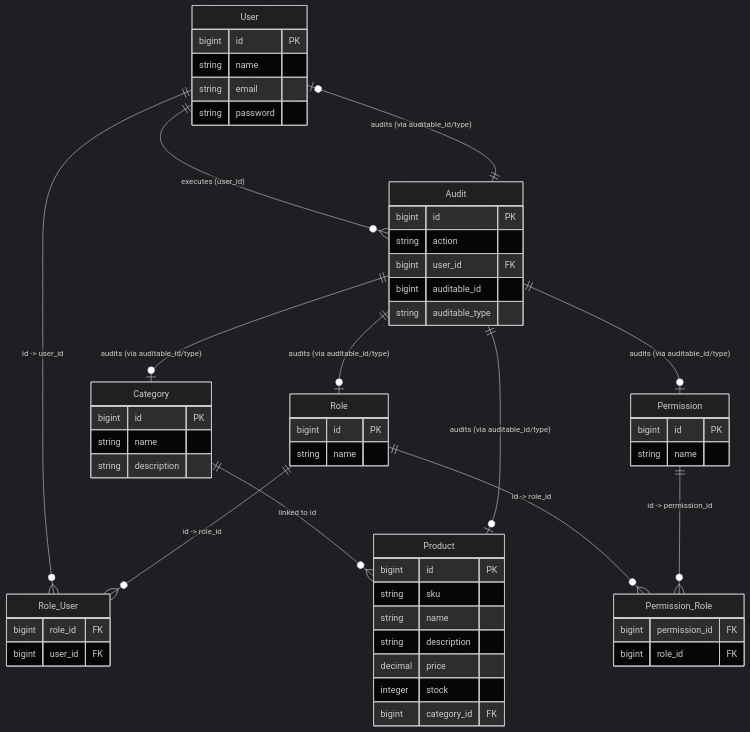
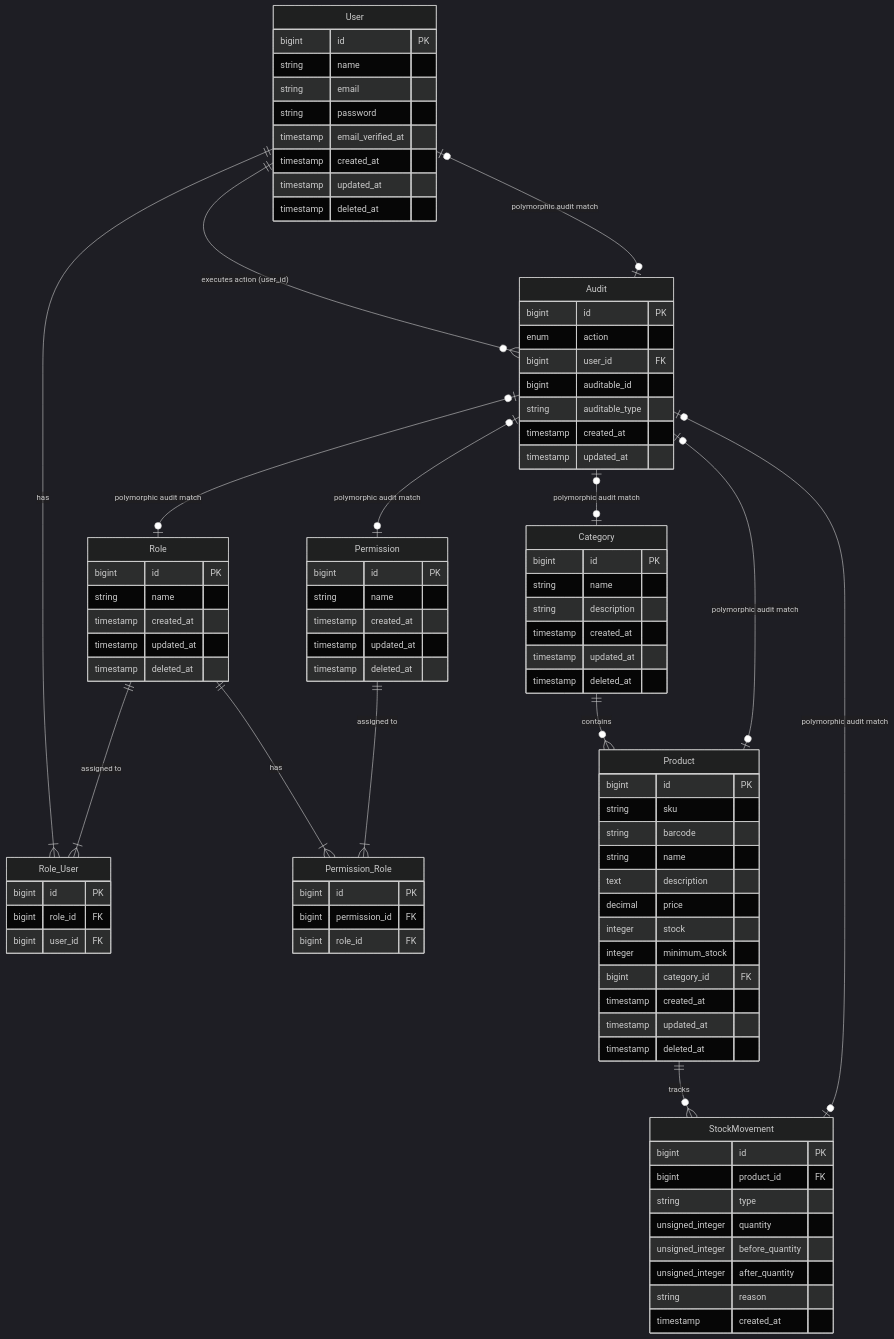
The diagram in README.md (SirCesarium/inventory-api), drawn with Mermaid (dark theme) before and after one commit. The commit also changed other lines of this file, not shown here.

Commit message:
docs: add stock movements section and expand ER diagram

````diff
--- a/README.md
+++ b/README.md
@@ -127,57 +144,92 @@
         string name
         string email
         string password
+        timestamp email_verified_at
+        timestamp created_at
+        timestamp updated_at
+        timestamp deleted_at
     }
     Role {
         bigint id PK
         string name
+        timestamp created_at
+        timestamp updated_at
+        timestamp deleted_at
     }
     Permission {
         bigint id PK
         string name
+        timestamp created_at
+        timestamp updated_at
+        timestamp deleted_at
     }
     Role_User {
+        bigint id PK
         bigint role_id FK
         bigint user_id FK
     }
     Permission_Role {
+        bigint id PK
         bigint permission_id FK
         bigint role_id FK
     }
+
     Category {
         bigint id PK
         string name
         string description
+        timestamp created_at
+        timestamp updated_at
+        timestamp deleted_at
     }
     Product {
         bigint id PK
         string sku
+        string barcode
         string name
-        string description
+        text description
         decimal price
         integer stock
+        integer minimum_stock
         bigint category_id FK
+        timestamp created_at
+        timestamp updated_at
+        timestamp deleted_at
     }
+    StockMovement {
+        bigint id PK
+        bigint product_id FK
+        string type
+        unsigned_integer quantity
+        unsigned_integer before_quantity
+        unsigned_integer after_quantity
+        string reason
+        timestamp created_at
+    }
+
     Audit {
         bigint id PK
-        string action
+        enum action
         bigint user_id FK
         bigint auditable_id
         string auditable_type
+        timestamp created_at
+        timestamp updated_at
     }
 
-    User ||--o{ Role_User : "id -> user_id"
-    Role ||--o{ Role_User : "id -> role_id"
-    Role ||--o{ Permission_Role : "id -> role_id"
-    Permission ||--o{ Permission_Role : "id -> permission_id"
+    User ||--|{ Role_User : "has"
+    Role ||--|{ Role_User : "assigned to"
+    Role ||--|{ Permission_Role : "has"
+    Permission ||--|{ Permission_Role : "assigned to"
 
-    Category ||--o{ Product : "linked to id"
+    Category ||--o{ Product : "contains"
+    Product ||--o{ StockMovement : "tracks"
 
-    User ||--o{ Audit : "executes (user_id)"
-
-    Audit ||--o| User : "audits (via auditable_id/type)"
-    Audit ||--o| Product : "audits (via auditable_id/type)"
-    Audit ||--o| Category : "audits (via auditable_id/type)"
-    Audit ||--o| Role : "audits (via auditable_id/type)"
-    Audit ||--o| Permission : "audits (via auditable_id/type)"
+    User ||--o{ Audit : "executes action (user_id)"
+    Audit |o--o| User : "polymorphic audit match"
+    Audit |o--o| Product : "polymorphic audit match"
+    Audit |o--o| Category : "polymorphic audit match"
+    Audit |o--o| Role : "polymorphic audit match"
+    Audit |o--o| Permission : "polymorphic audit match"
+    Audit |o--o| StockMovement : "polymorphic audit match"
 ```
````
